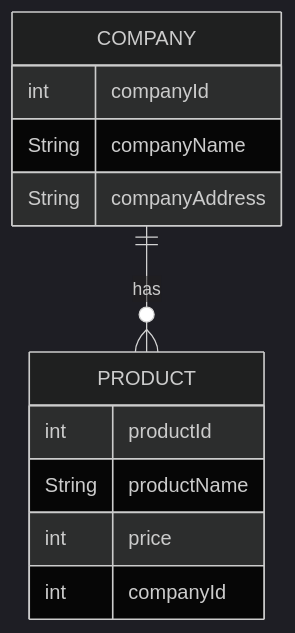
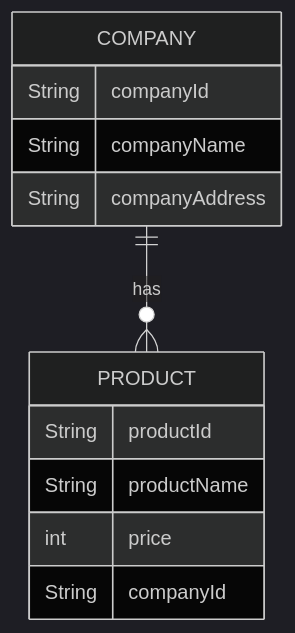
Before and after one commit to Showichiro/graphql-handson: the fourth of 4 diagrams in 03.bff+backend/README.md, drawn with Mermaid (dark theme). The commit also changed other lines of this file, not shown here.

````diff
--- a/03.bff+backend/README.md
+++ b/03.bff+backend/README.md
@@ -423,15 +468,15 @@
 ```mermaid
 erDiagram
     COMPANY ||--o{ PRODUCT : "has"
     COMPANY {
-        int companyId
+        String companyId
         String companyName
         String companyAddress
     }
     PRODUCT {
-        int productId
+        String productId
         String productName
         int price
-        int companyId
+        String companyId
     }
 ```
````
